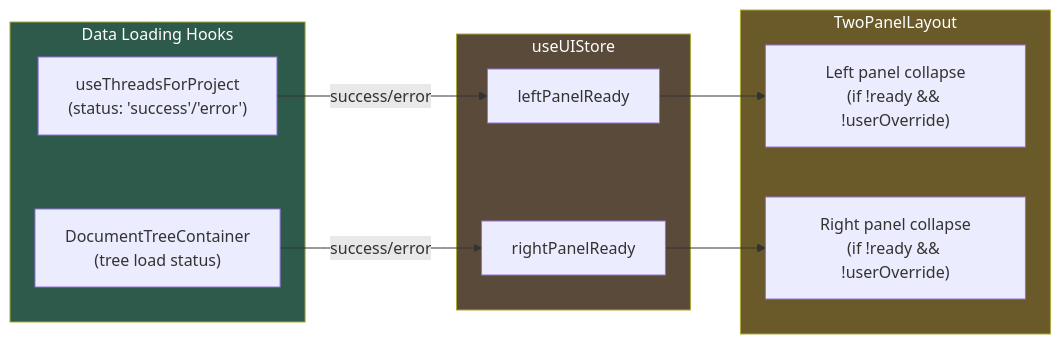
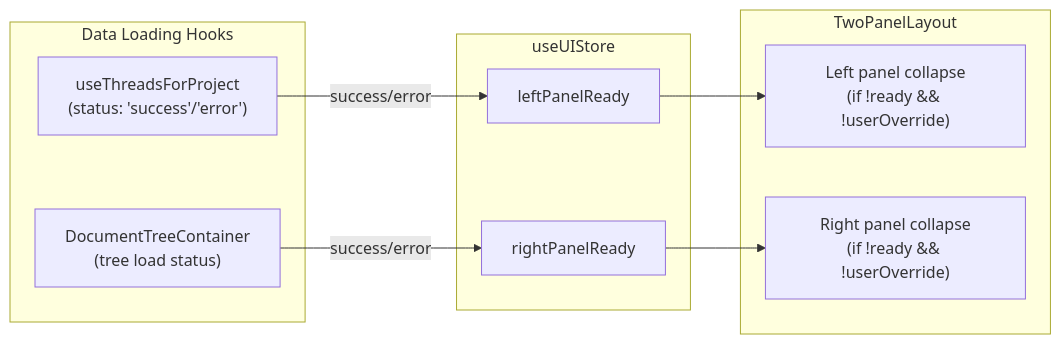
Before and after one commit to haowjy/meridian-flow: the second of 4 diagrams in _docs/technical/frontend/architecture/layout-data-flow.md, drawn with Mermaid. The commit also changed other lines of this file and 46 other files, not shown here.

````diff
--- a/_docs/technical/frontend/architecture/layout-data-flow.md
+++ b/_docs/technical/frontend/architecture/layout-data-flow.md
@@ -77,26 +73,23 @@
 ```mermaid
 flowchart LR
     subgraph Hooks["Data Loading Hooks"]
         TH["useThreadsForProject<br/>(status: 'success'/'error')"]
         DT["DocumentTreeContainer<br/>(tree load status)"]
     end
 
     subgraph Store["useUIStore"]
         LR["leftPanelReady"]
         RR["rightPanelReady"]
     end
 
     subgraph Layout["TwoPanelLayout"]
         LC["Left panel collapse<br/>(if !ready && !userOverride)"]
         RC["Right panel collapse<br/>(if !ready && !userOverride)"]
     end
 
     TH -->|"success/error"| LR
     DT -->|"success/error"| RR
     LR --> LC
     RR --> RC
 
-    style Hooks fill:#2d5a4a,color:#fff
-    style Store fill:#5a4a3a,color:#fff
-    style Layout fill:#6a5a2a,color:#fff
 ```
````
